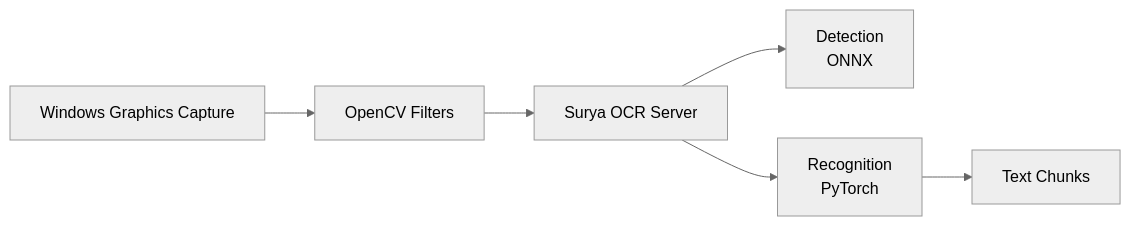
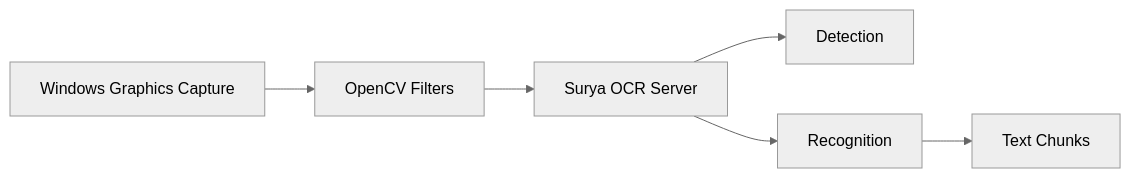
One commit to koizumiiiii/Baketa changed the first of 2 diagrams in README.md. Above: the diagram before and after it, drawn with Mermaid (neutral theme). The commit also changed other lines of this file and 6 other files, not shown here.

````diff
--- a/README.md
+++ b/README.md
@@ -78,8 +78,8 @@
 ```mermaid
 graph LR
     Capture[Windows Graphics Capture] --> Filter[OpenCV Filters]
     Filter --> OCR[Surya OCR Server]
-    OCR --> Det[Detection<br/>ONNX]
-    OCR --> Rec[Recognition<br/>PyTorch]
+    OCR --> Det[Detection]
+    OCR --> Rec[Recognition]
     Rec --> Chunks[Text Chunks]
 ```
````
